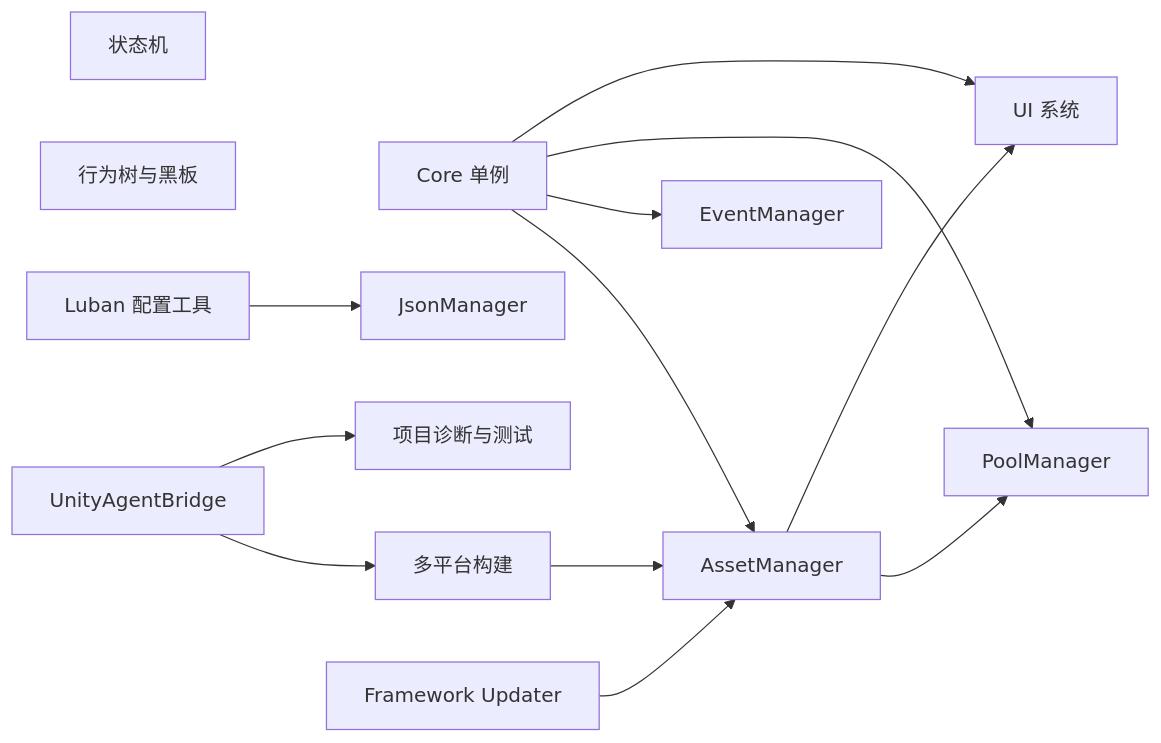
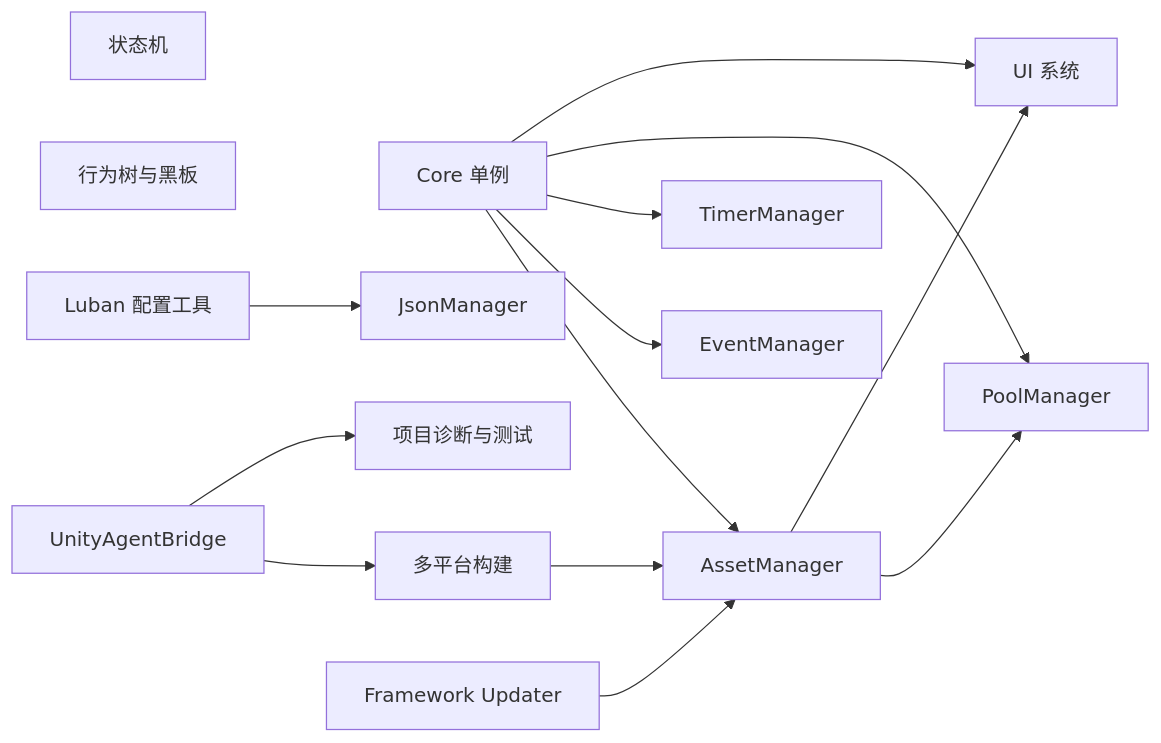
Before and after one commit to Sheng2580/ShengGameFrame: the diagram in README.md, drawn with Mermaid. The commit also changed other lines of this file and 14 other files, not shown here.

Commit message:
feat: add reusable timer manager

````diff
--- a/README.md
+++ b/README.md
@@ -28,17 +29,18 @@
 ```mermaid
 flowchart LR
     Core["Core 单例"] --> Assets["AssetManager"]
     Core --> Events["EventManager"]
+    Core --> Timer["TimerManager"]
     Core --> Pool["PoolManager"]
     Core --> UI["UI 系统"]
     Assets --> Pool
     Assets --> UI
     State["状态机"]
     BT["行为树与黑板"]
     Json["JsonManager"]
     Luban["Luban 配置工具"] --> Json
     Build["多平台构建"] --> Assets
     Agent["UnityAgentBridge"] --> Build
     Agent --> Tests["项目诊断与测试"]
     Updater["Framework Updater"] --> Assets
 ```
````
